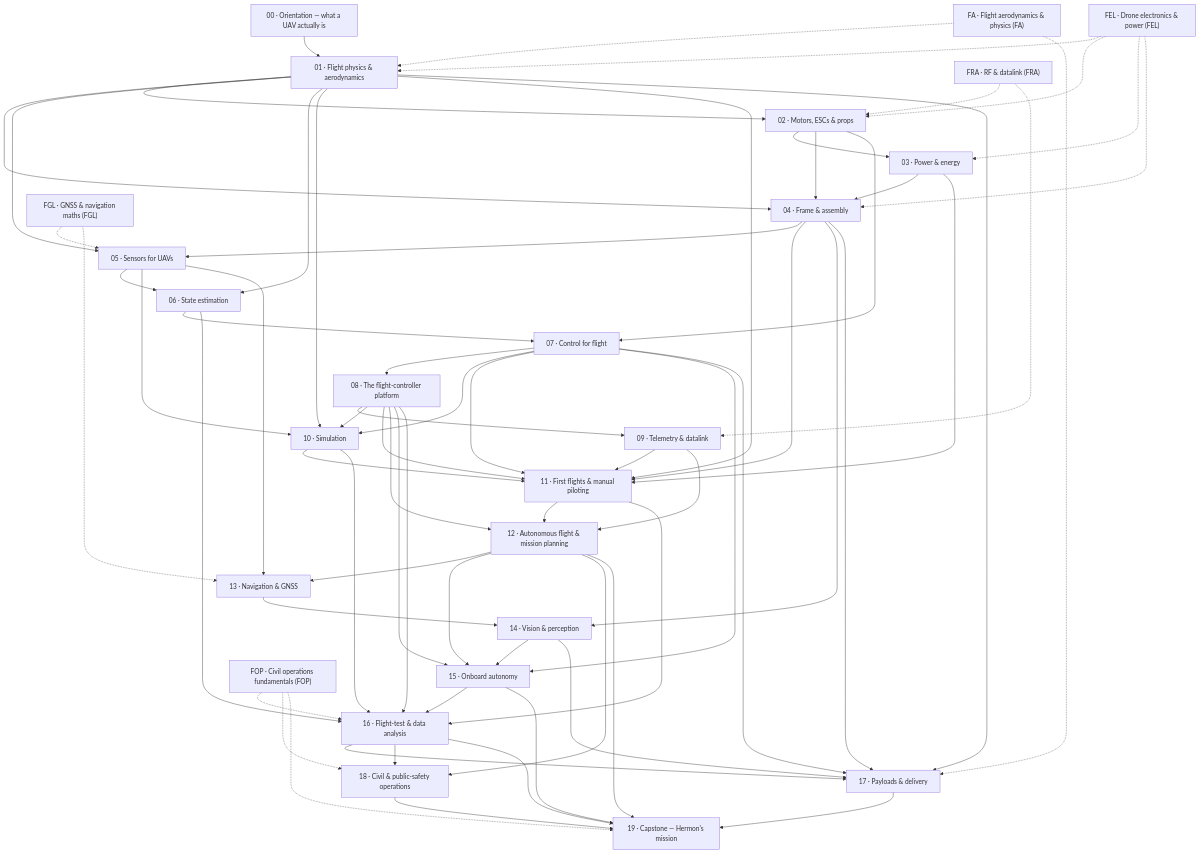
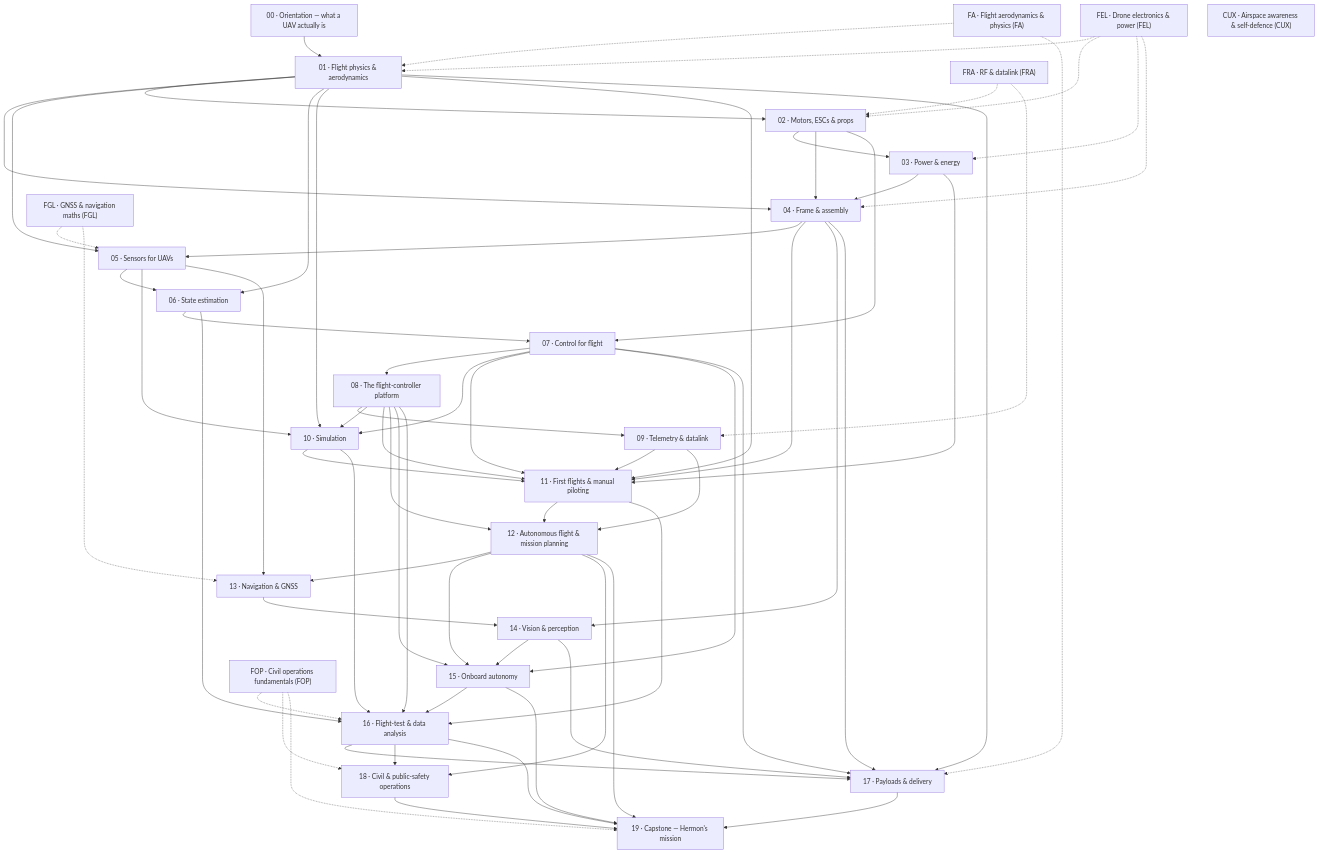
Before and after one commit to tal-giladi/drone-course: the first of 27 diagrams in curriculum/dependency-graph.md, drawn with Mermaid. The commit also changed other lines of this file and 25 other files, not shown here.

```diff
--- a/curriculum/dependency-graph.md
+++ b/curriculum/dependency-graph.md
@@ -39,6 +39,7 @@
   MFGL["FGL · GNSS & navigation maths (FGL)"]
   MFRA["FRA · RF & datalink (FRA)"]
   MFOP["FOP · Civil operations fundamentals (FOP)"]
+  MCUX["CUX · Airspace awareness & self-defence (CUX)"]
   M00 --> M01
   M01 --> M02
   M01 --> M04
```
